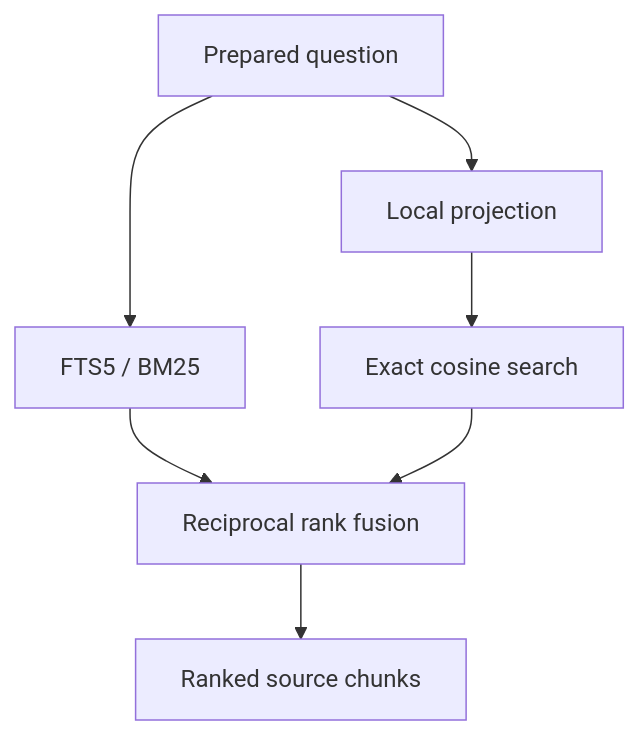
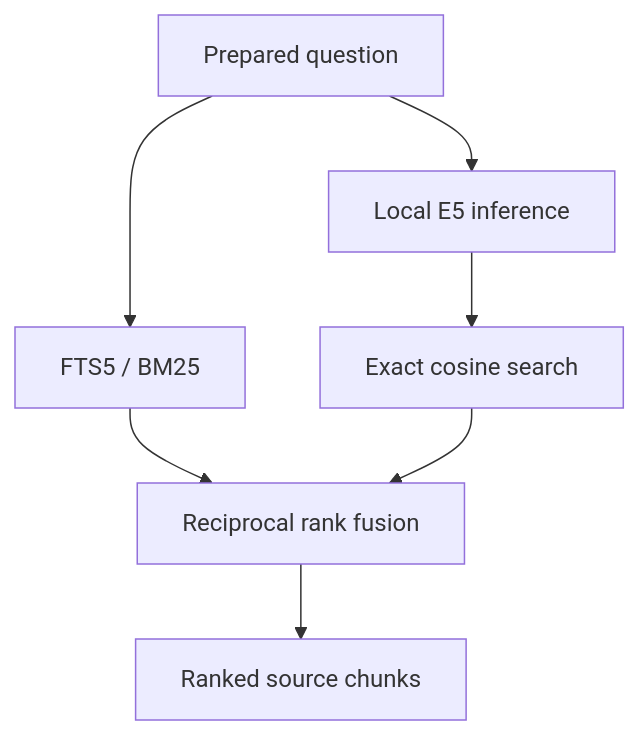
Before and after one commit to gibbok/chiedi: the diagram in docs/retrieval.md, drawn with Mermaid. The commit also changed other lines of this file and 39 other files, not shown here.

````diff
--- a/docs/retrieval.md
+++ b/docs/retrieval.md
@@ -11,9 +11,9 @@
 ```mermaid
 flowchart TD
-    Query["Prepared question"] --> Embed["Local projection"]
+    Query["Prepared question"] --> Embed["Local E5 inference"]
     Query --> FTS["FTS5 / BM25"]
     Embed --> Vector["Exact cosine search"]
     FTS --> Fusion["Reciprocal rank fusion"]
     Vector --> Fusion
     Fusion --> Evidence["Ranked source chunks"]
 ```
````
